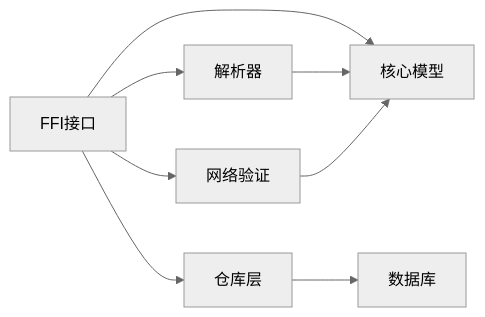
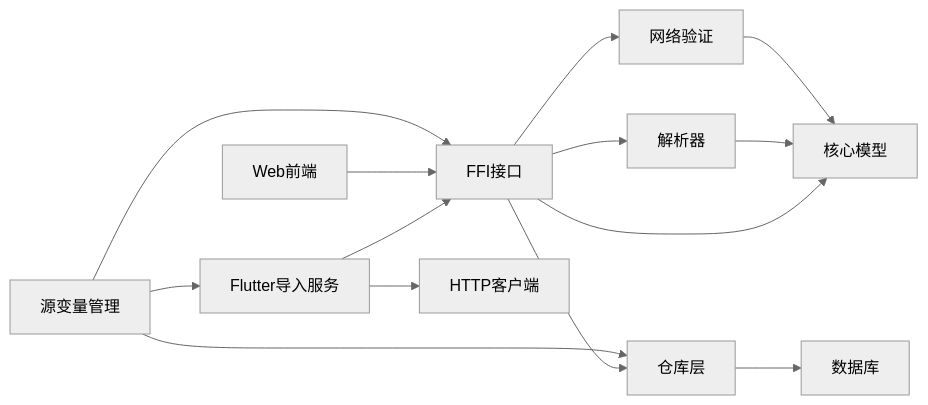
Before and after one commit to ZhangGHGitHub/LegadoTeamFlutter: the eighth of 8 diagrams in .qoder/repowiki/zh/content/项目概述/核心功能特性/网络源系统/源管理功能.md, drawn with Mermaid (neutral theme). The commit also changed other lines of this file and 173 other files, not shown here.

````diff
--- a/.qoder/repowiki/zh/content/项目概述/核心功能特性/网络源系统/源管理功能.md
+++ b/.qoder/repowiki/zh/content/项目概述/核心功能特性/网络源系统/源管理功能.md
@@ -405,10 +627,16 @@
 ```mermaid
 graph LR
 FFI["FFI接口"] --> CORE["核心模型"]
 FFI --> REPO["仓库层"]
 REPO --> DB["数据库"]
 FFI --> PARSER["解析器"]
 FFI --> NET["网络验证"]
 PARSER --> CORE
 NET --> CORE
+FLUTTER["Flutter导入服务"] --> FFI
+FLUTTER --> HTTP["HTTP客户端"]
+WEB["Web前端"] --> FFI
+NOTE["源变量管理"] --> FLUTTER
+NOTE --> FFI
+NOTE --> REPO
 ```
````
